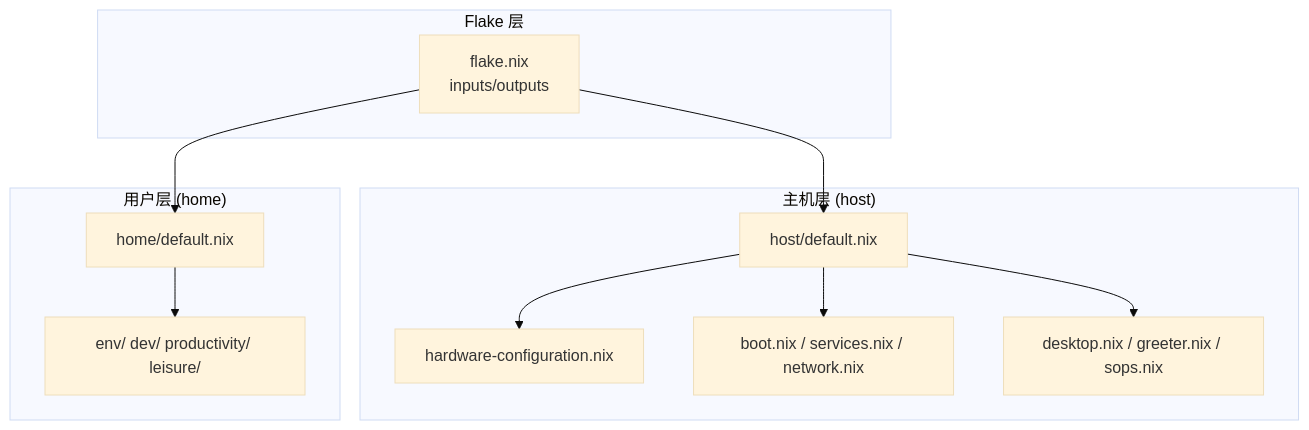
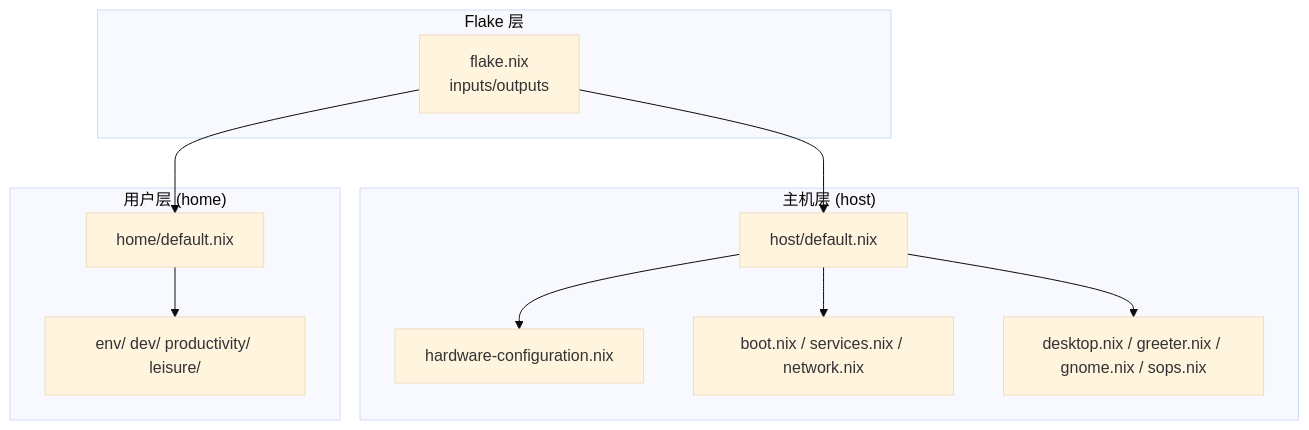
One commit to Shangshui0302/myNixOSConfig changed the first of 3 diagrams in wiki/architecture/index.md. Above: the diagram before and after it, drawn with Mermaid (base theme). The commit also changed 10 other files, not shown here.

````diff
--- a/wiki/architecture/index.md
+++ b/wiki/architecture/index.md
@@ -33,22 +33,22 @@
 ```mermaid
 graph TB
 subgraph "Flake 层"
 F["flake.nix<br/>inputs/outputs"]
 end
 subgraph "主机层 (host)"
 H1["host/default.nix"]
 H2["hardware-configuration.nix"]
 H3["boot.nix / services.nix / network.nix"]
-H4["desktop.nix / greeter.nix / sops.nix"]
+H4["desktop.nix / greeter.nix / gnome.nix / sops.nix"]
 end
 subgraph "用户层 (home)"
 U1["home/default.nix"]
 U2["env/ dev/ productivity/ leisure/"]
 end
 F --> H1
 H1 --> H2
 H1 --> H3
 H1 --> H4
 F --> U1
 U1 --> U2
 ```
````
